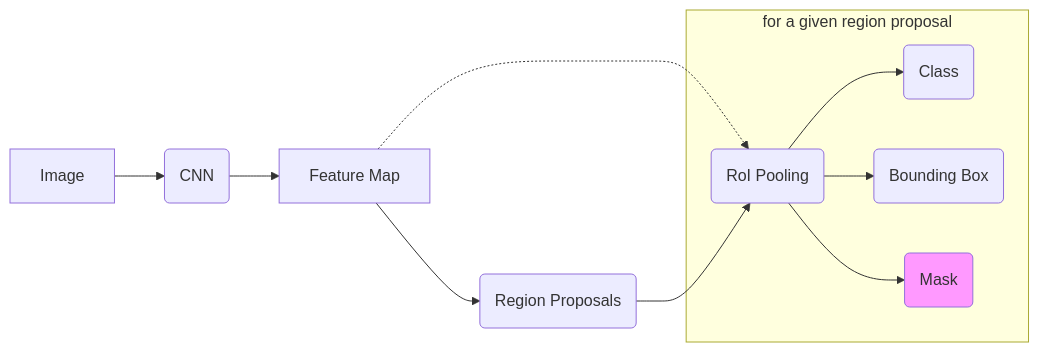
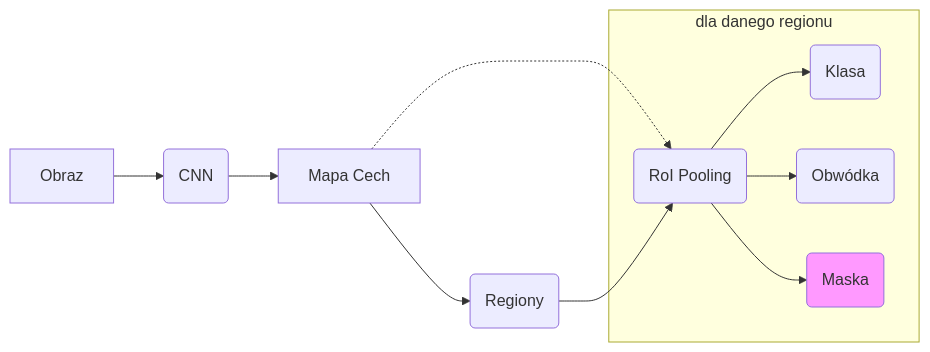
Before and after one commit to rzadp/badminton-monorepo: the diagram in thesis/chapters/podejscie/mask_r-cnn/mask_r-cnn.mmd, drawn with Mermaid. The commit also changed 3 other files, not shown here.

```diff
--- a/thesis/chapters/podejscie/mask_r-cnn/mask_r-cnn.mmd
+++ b/thesis/chapters/podejscie/mask_r-cnn/mask_r-cnn.mmd
@@ -1,32 +1,32 @@
 graph LR
 
 %% ...::: NODES :::...
 
-input[Image]
+input[Obraz]
 cnn(CNN)
-feature_map[Feature Map]
-rpn(Region Proposals)
+feature_map[Mapa Cech]
+rpn(Regiony)
 roi(RoI Pooling)
 
-clas(Class)
-bounding_box(Bounding Box)
-mask(Mask)
+clas(Klasa)
+bounding_box(Obwódka)
+mask(Maska)
 
 %% ...::: STYLING :::...
 
 %% style input fill:#bddaff,stroke:#4294ff
 style mask fill:#f9f
 
 %% ...::: FLOWS :::...
 
 input-->cnn
 cnn-->feature_map
 feature_map-->rpn
 
 feature_map-.->roi
 rpn-->roi
-subgraph for a given region proposal
+subgraph dla danego regionu
   roi-->clas
   roi-->bounding_box
   roi-->mask
 end
```
